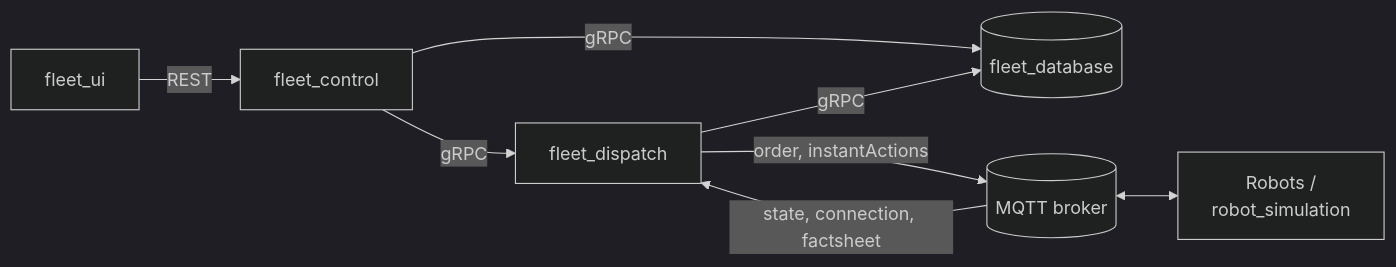
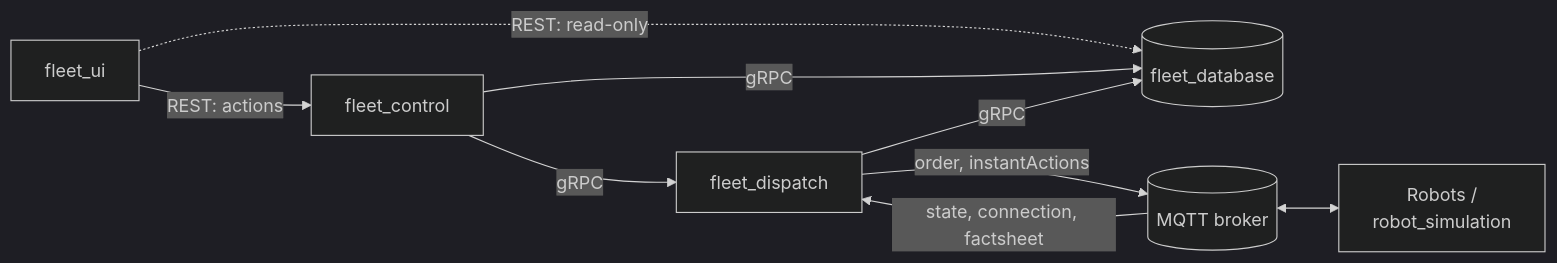
One commit to semyon23/fleet-manager changed the diagram in README.md. Above: the diagram before and after it, drawn with Mermaid (dark theme). The commit also changed other lines of this file, not shown here.

Commit message:
README: update components (fleet_database, shared, fleet_control)

````diff
--- a/README.md
+++ b/README.md
@@ -15,9 +15,10 @@
 ```mermaid
 flowchart LR
-    ui[fleet_ui] -- REST --> control[fleet_control]
+    ui[fleet_ui] -->|"REST: actions"| control[fleet_control]
+    ui -.->|"REST: read-only"| db
     control -- gRPC --> dispatch[fleet_dispatch]
     control & dispatch -- gRPC --> db[(fleet_database)]
     dispatch -- order, instantActions --> broker[(MQTT broker)]
     broker -- state, connection, factsheet --> dispatch
     broker <--> robots[Robots /<br/>robot_simulation]
 ```
````
